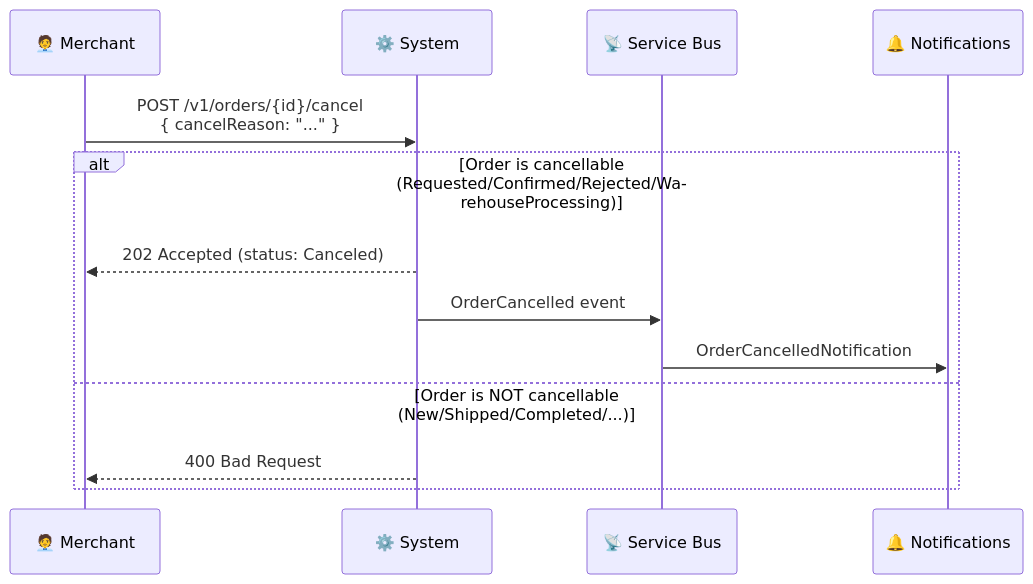
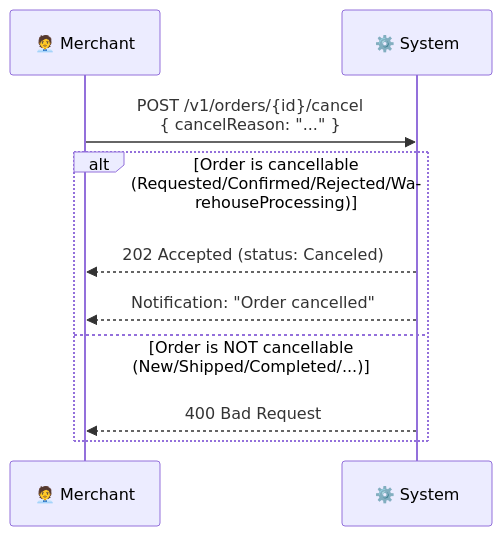
The fourth of 4 diagrams in Order-WorkFlow-2.md (quanghieu93/mermaid-test), drawn with Mermaid before and after one commit. The commit also changed other lines of this file, not shown here.

Commit message:
Refactor order workflow documentation

````diff
--- a/Order-WorkFlow-2.md
+++ b/Order-WorkFlow-2.md
@@ -314,17 +227,15 @@
 ```mermaid
 sequenceDiagram
     participant M as 🧑‍💼 Merchant
     participant S as ⚙️ System
-    participant BUS as 📡 Service Bus
-    participant N as 🔔 Notifications
 
     M->>S: POST /v1/orders/{id}/cancel<br/>{ cancelReason: "..." }
 
     alt Order is cancellable (Requested/Confirmed/Rejected/WarehouseProcessing)
         S-->>M: 202 Accepted (status: Canceled)
-        S->>BUS: OrderCancelled event
-        BUS->>N: OrderCancelledNotification
+        S-->>M: Notification: "Order cancelled"
     else Order is NOT cancellable (New/Shipped/Completed/...)
         S-->>M: 400 Bad Request
     end
+
 ```
````
